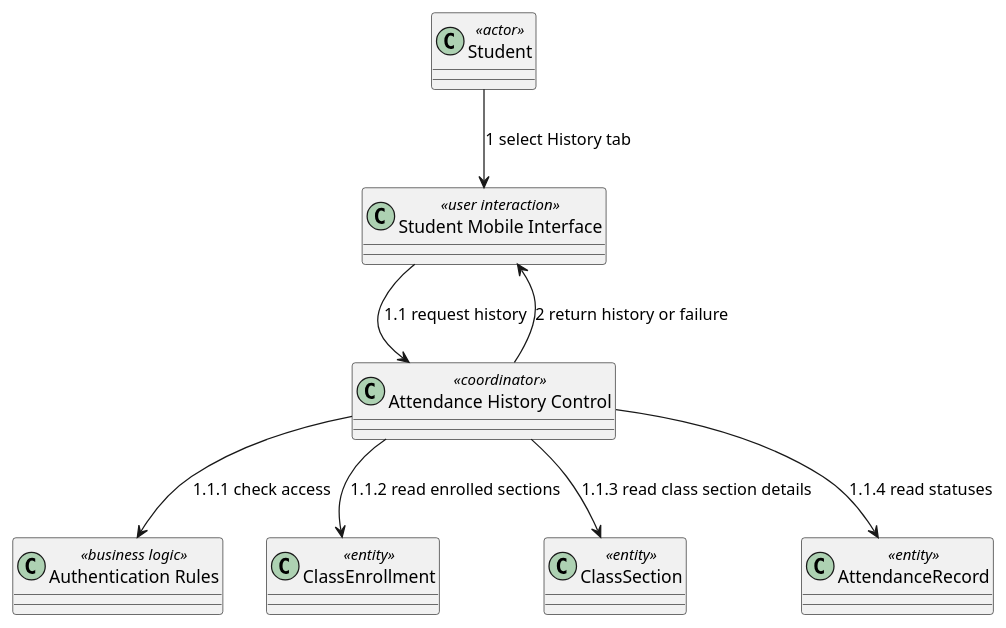
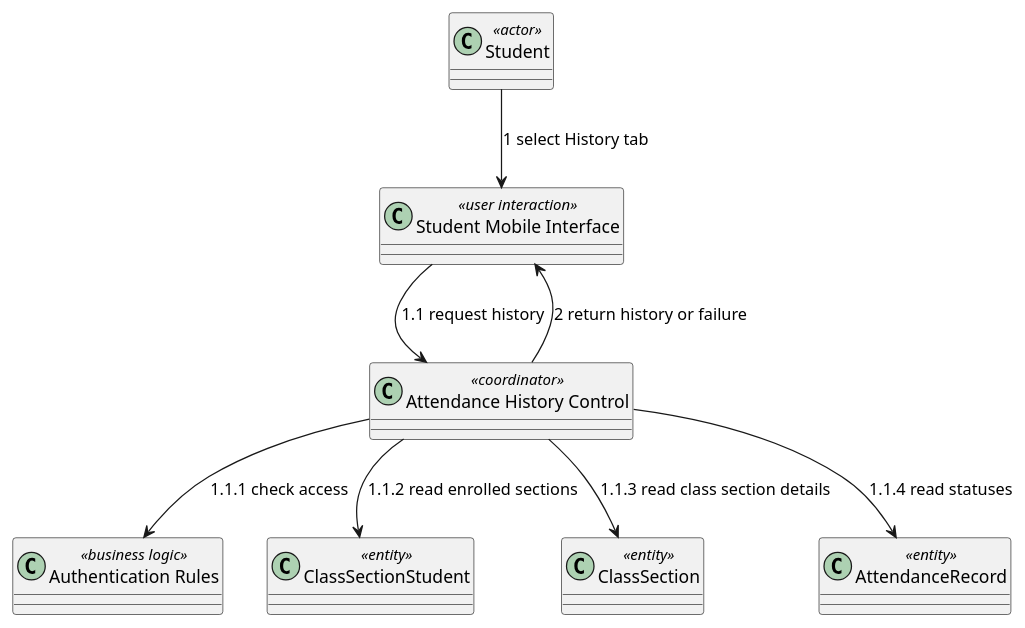
One commit to nttung42/SWD392 changed diagram 12 of 29 in docs/sds/2_Analysis.md. Above: the diagram before and after it, drawn with PlantUML. The commit also changed other lines of this file and 2 other files, not shown here.

````diff
--- a/docs/sds/2_Analysis.md
+++ b/docs/sds/2_Analysis.md
@@ -627,19 +635,19 @@
 ```plantuml
 @startuml
 class "Student" as Student <<actor>>
 class "Student Mobile Interface" as StudentUI <<user interaction>>
 class "Attendance History Control" as HistoryControl <<coordinator>>
 class "Authentication Rules" as AuthRules <<business logic>>
-class "ClassEnrollment" as ClassEnrollment <<entity>>
+class "ClassSectionStudent" as ClassSectionStudent <<entity>>
 class "ClassSection" as ClassSection <<entity>>
 class "AttendanceRecord" as AttendanceRecord <<entity>>
 
 Student --> StudentUI : 1 select History tab
 StudentUI --> HistoryControl : 1.1 request history
 HistoryControl --> AuthRules : 1.1.1 check access
-HistoryControl --> ClassEnrollment : 1.1.2 read enrolled sections
+HistoryControl --> ClassSectionStudent : 1.1.2 read enrolled sections
 HistoryControl --> ClassSection : 1.1.3 read class section details
 HistoryControl --> AttendanceRecord : 1.1.4 read statuses
 HistoryControl --> StudentUI : 2 return history or failure
 @enduml
 ```
````
